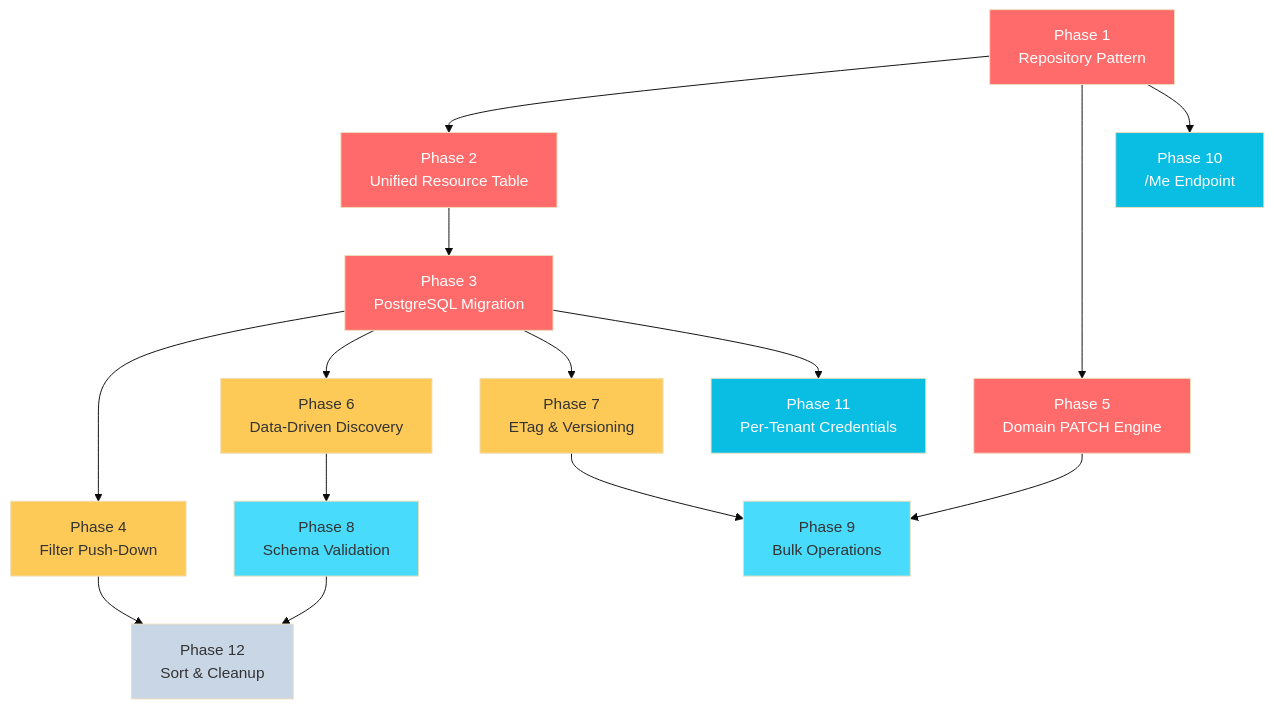
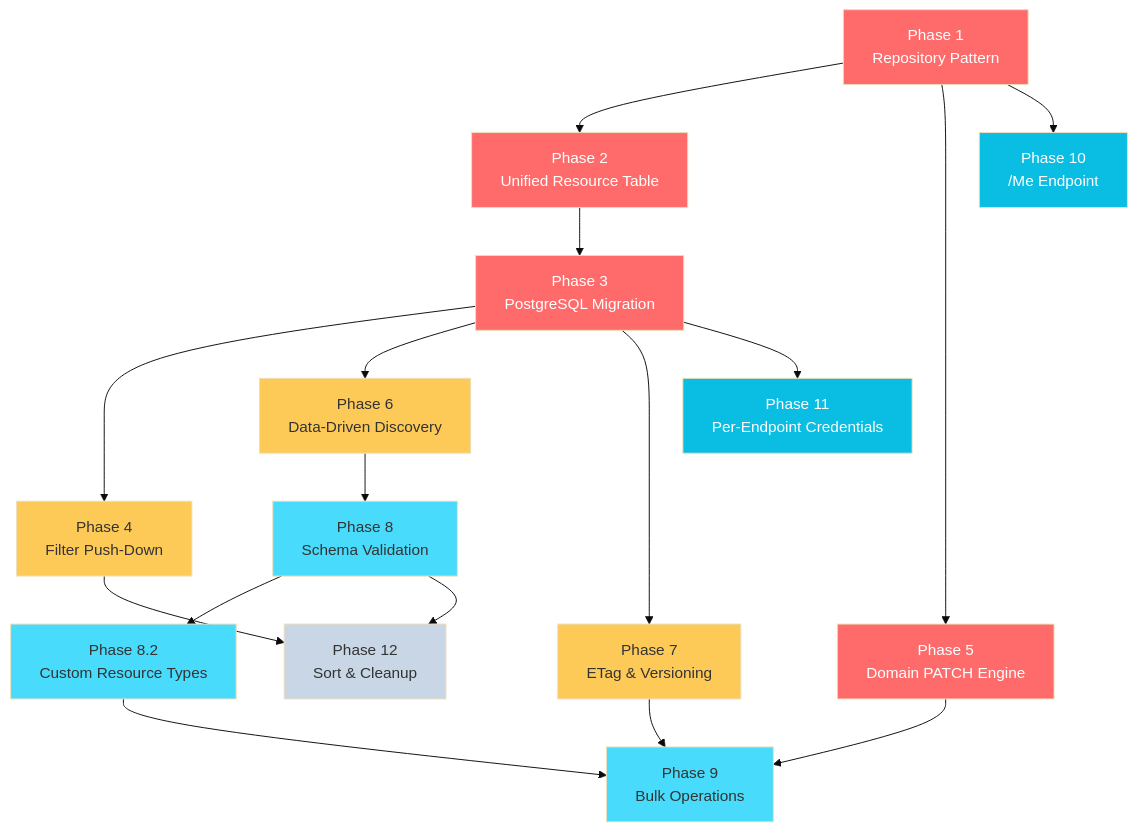
Before and after one commit to pranems/SCIMServer: diagram 21 of 23 in docs/MIGRATION_PLAN_CURRENT_TO_IDEAL_v3_2026-02-20.md, drawn with Mermaid (base theme). The commit also changed other lines of this file and 288 other files, not shown here.

````diff
--- a/docs/MIGRATION_PLAN_CURRENT_TO_IDEAL_v3_2026-02-20.md
+++ b/docs/MIGRATION_PLAN_CURRENT_TO_IDEAL_v3_2026-02-20.md
@@ -2430,42 +3482,46 @@
 ```mermaid
 graph TD
     P1["Phase 1<br/>Repository Pattern"]
     P2["Phase 2<br/>Unified Resource Table"]
     P3["Phase 3<br/>PostgreSQL Migration"]
     P4["Phase 4<br/>Filter Push-Down"]
     P5["Phase 5<br/>Domain PATCH Engine"]
     P6["Phase 6<br/>Data-Driven Discovery"]
     P7["Phase 7<br/>ETag & Versioning"]
     P8["Phase 8<br/>Schema Validation"]
+    P8b["Phase 8.2<br/>Custom Resource Types"]
     P9["Phase 9<br/>Bulk Operations"]
     P10["Phase 10<br/>/Me Endpoint"]
-    P11["Phase 11<br/>Per-Tenant Credentials"]
+    P11["Phase 11<br/>Per-Endpoint Credentials"]
     P12["Phase 12<br/>Sort & Cleanup"]
 
     P1 --> P2
     P1 --> P5
     P2 --> P3
     P3 --> P4
     P3 --> P6
     P3 --> P7
     P6 --> P8
+    P8 --> P8b
+    P8b --> P9
     P5 --> P9
     P7 --> P9
     P1 --> P10
     P3 --> P11
     P4 --> P12
     P8 --> P12
 
     style P1 fill:#ff6b6b,color:#fff
     style P2 fill:#ff6b6b,color:#fff
     style P3 fill:#ff6b6b,color:#fff
     style P5 fill:#ff6b6b,color:#fff
     style P4 fill:#feca57,color:#333
     style P6 fill:#feca57,color:#333
     style P7 fill:#feca57,color:#333
     style P8 fill:#48dbfb,color:#333
+    style P8b fill:#48dbfb,color:#333
     style P9 fill:#48dbfb,color:#333
     style P10 fill:#0abde3,color:#fff
     style P11 fill:#0abde3,color:#fff
     style P12 fill:#c8d6e5,color:#333
 ```
````
